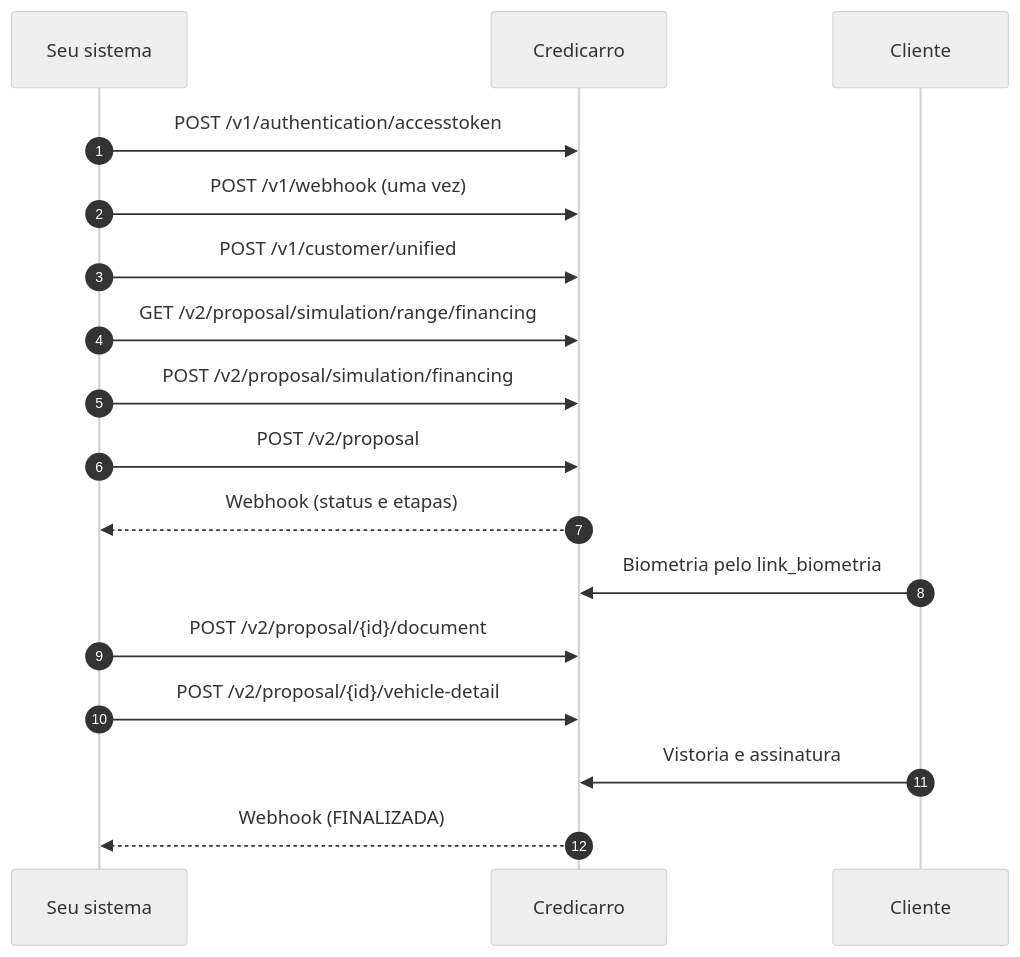
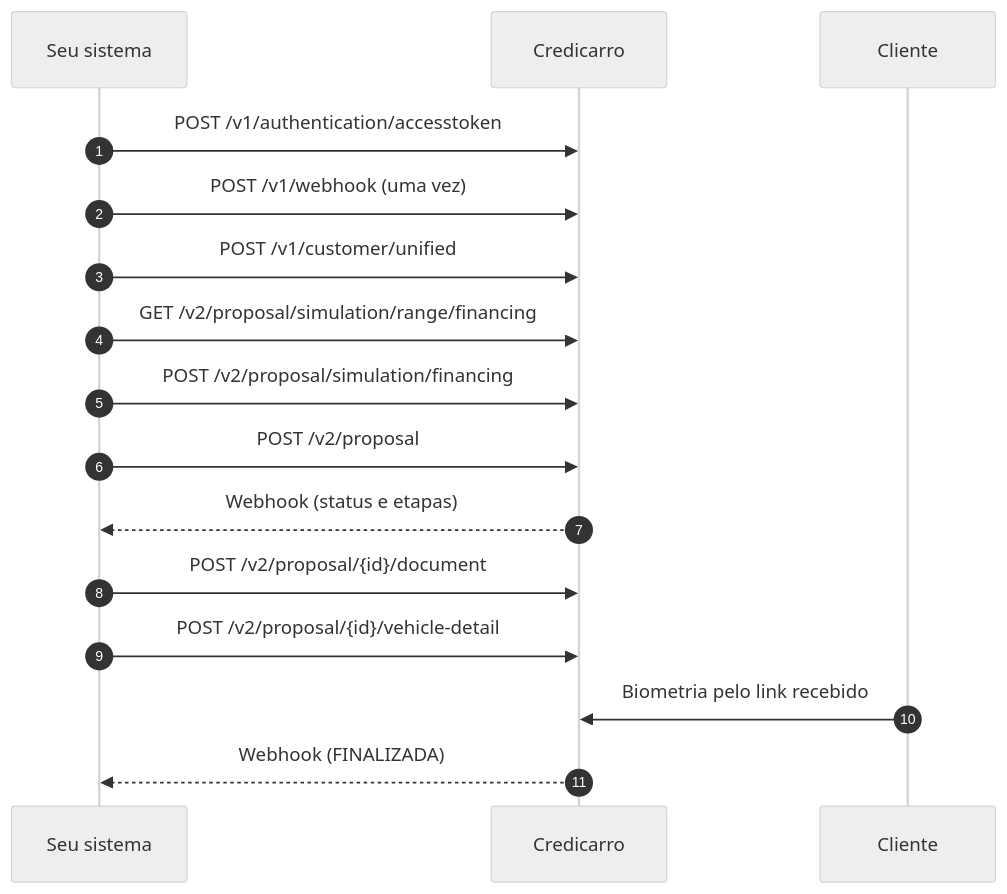
Before and after one commit to Twila-Digital/twila-credicarro-documentation: the diagram in pages/guides/financing-integration.mdx, drawn with Mermaid (neutral theme). The commit also changed other lines of this file and 34 other files, not shown here.

````diff
--- a/pages/guides/financing-integration.mdx
+++ b/pages/guides/financing-integration.mdx
@@ -15,19 +15,18 @@
 ```mermaid
 sequenceDiagram
     autonumber
     participant I as Seu sistema
     participant C as Credicarro
     participant P as Cliente
     I->>C: POST /v1/authentication/accesstoken
     I->>C: POST /v1/webhook (uma vez)
     I->>C: POST /v1/customer/unified
     I->>C: GET /v2/proposal/simulation/range/financing
     I->>C: POST /v2/proposal/simulation/financing
     I->>C: POST /v2/proposal
     C-->>I: Webhook (status e etapas)
-    P->>C: Biometria pelo link_biometria
     I->>C: POST /v2/proposal/{id}/document
     I->>C: POST /v2/proposal/{id}/vehicle-detail
-    P->>C: Vistoria e assinatura
+    P->>C: Biometria pelo link recebido
     C-->>I: Webhook (FINALIZADA)
 ```
````
